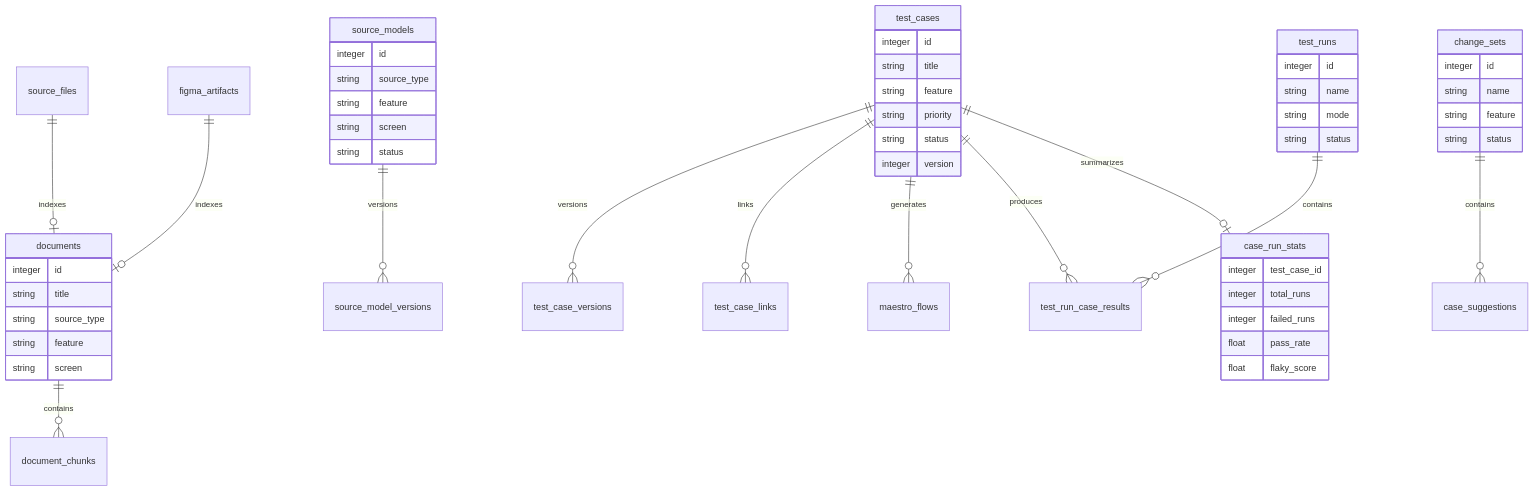
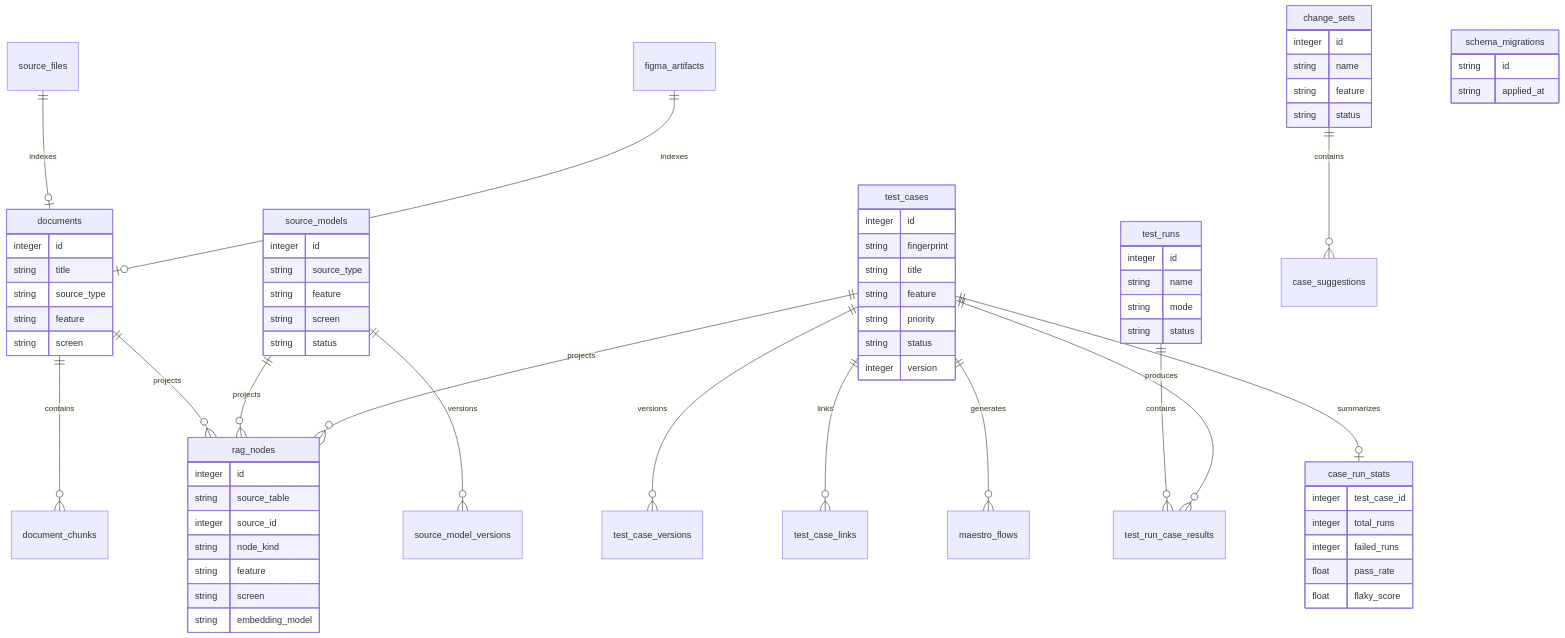
Before and after one commit to Campaignhatsecretin185/ai-design2test: the fifth of 6 diagrams in DESIGN.md, drawn with Mermaid. The commit also changed other lines of this file and 8 other files, not shown here.

````diff
--- a/DESIGN.md
+++ b/DESIGN.md
@@ -362,61 +452,80 @@
 ```mermaid
 erDiagram
   documents ||--o{ document_chunks : contains
   source_files ||--o| documents : indexes
   source_models ||--o{ source_model_versions : versions
   figma_artifacts ||--o| documents : indexes
   test_cases ||--o{ test_case_versions : versions
   test_cases ||--o{ test_case_links : links
   test_cases ||--o{ maestro_flows : generates
   test_runs ||--o{ test_run_case_results : contains
   test_cases ||--o{ test_run_case_results : produces
   test_cases ||--o| case_run_stats : summarizes
   change_sets ||--o{ case_suggestions : contains
+  documents ||--o{ rag_nodes : projects
+  source_models ||--o{ rag_nodes : projects
+  test_cases ||--o{ rag_nodes : projects
 
   documents {
     integer id
     string title
     string source_type
     string feature
     string screen
   }
 
   test_cases {
     integer id
+    string fingerprint
     string title
     string feature
     string priority
     string status
     integer version
   }
 
   test_runs {
     integer id
     string name
     string mode
     string status
   }
 
   case_run_stats {
     integer test_case_id
     integer total_runs
     integer failed_runs
     float pass_rate
     float flaky_score
   }
 
   source_models {
     integer id
     string source_type
     string feature
     string screen
     string status
   }
 
   change_sets {
     integer id
     string name
     string feature
     string status
   }
+
+  rag_nodes {
+    integer id
+    string source_table
+    integer source_id
+    string node_kind
+    string feature
+    string screen
+    string embedding_model
+  }
+
+  schema_migrations {
+    string id
+    string applied_at
+  }
 ```
````
